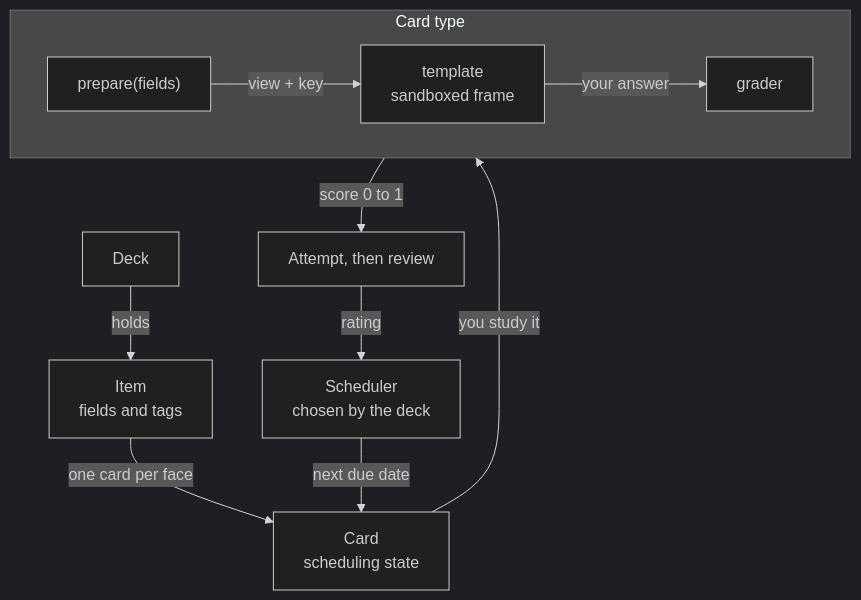
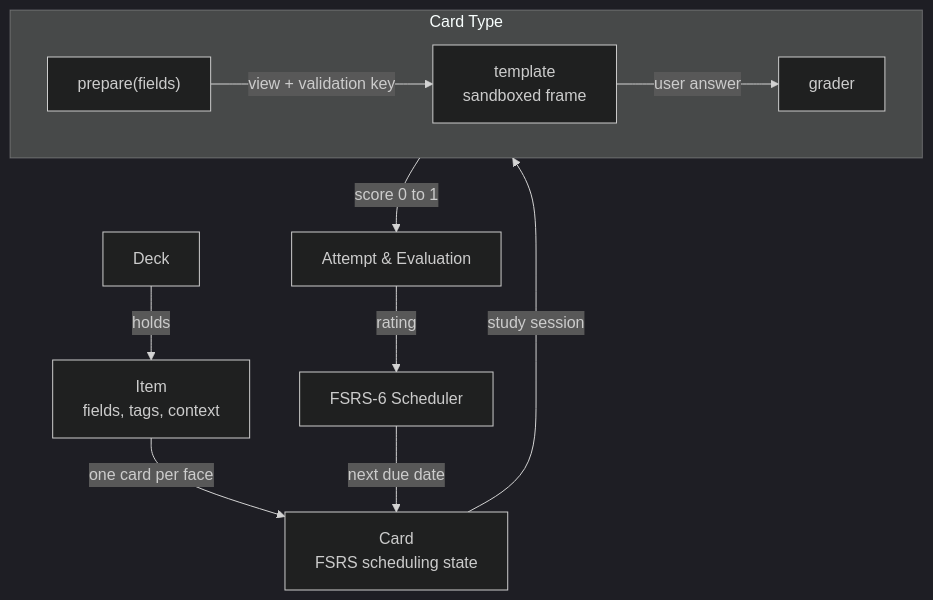
One commit to Sidali-Djeghbal/wikae changed the diagram in README.md. Above: the diagram before and after it, drawn with Mermaid (dark theme). The commit also changed other lines of this file and 58 other files, not shown here.

````diff
--- a/README.md
+++ b/README.md
@@ -330,14 +179,14 @@
 ```mermaid
 flowchart TD
-  deck["Deck"] -->|holds| item["Item<br/>fields and tags"]
-  item -->|one card per face| card["Card<br/>scheduling state"]
-  card -->|you study it| type
-  subgraph type ["Card type"]
+  deck["Deck"] -->|holds| item["Item<br/>fields, tags, context"]
+  item -->|one card per face| card["Card<br/>FSRS scheduling state"]
+  card -->|study session| type
+  subgraph type ["Card Type"]
     direction LR
-    prepare["prepare(fields)"] -->|view + key| template["template<br/>sandboxed frame"]
-    template -->|your answer| grader["grader"]
+    prepare["prepare(fields)"] -->|view + validation key| template["template<br/>sandboxed frame"]
+    template -->|user answer| grader["grader"]
   end
-  type -->|score 0 to 1| review["Attempt, then review"]
-  review -->|rating| scheduler["Scheduler<br/>chosen by the deck"]
+  type -->|score 0 to 1| review["Attempt & Evaluation"]
+  review -->|rating| scheduler["FSRS-6 Scheduler"]
   scheduler -->|next due date| card
 ```
````
